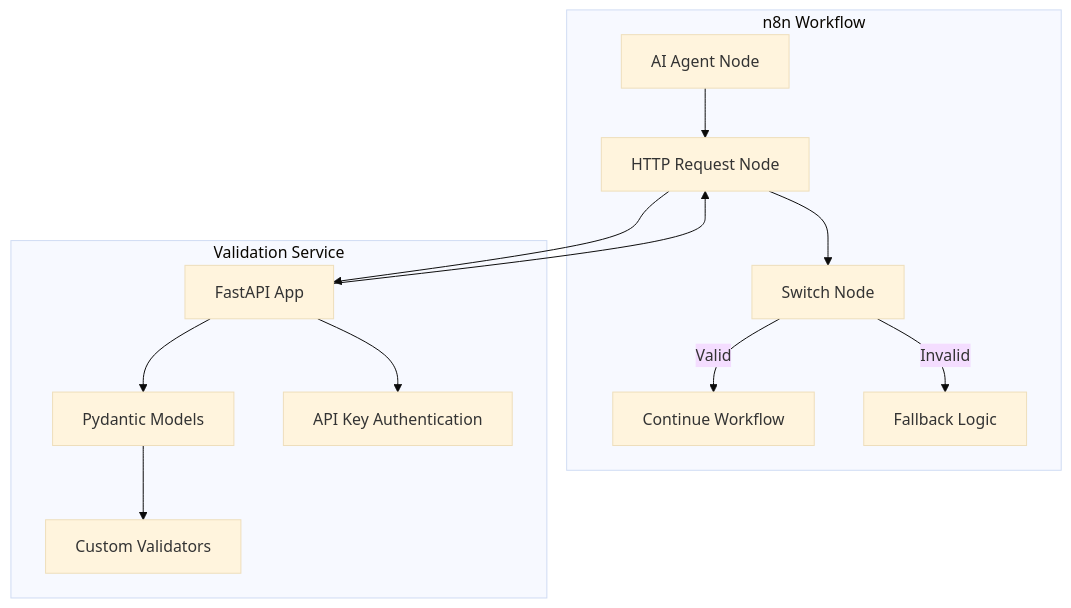
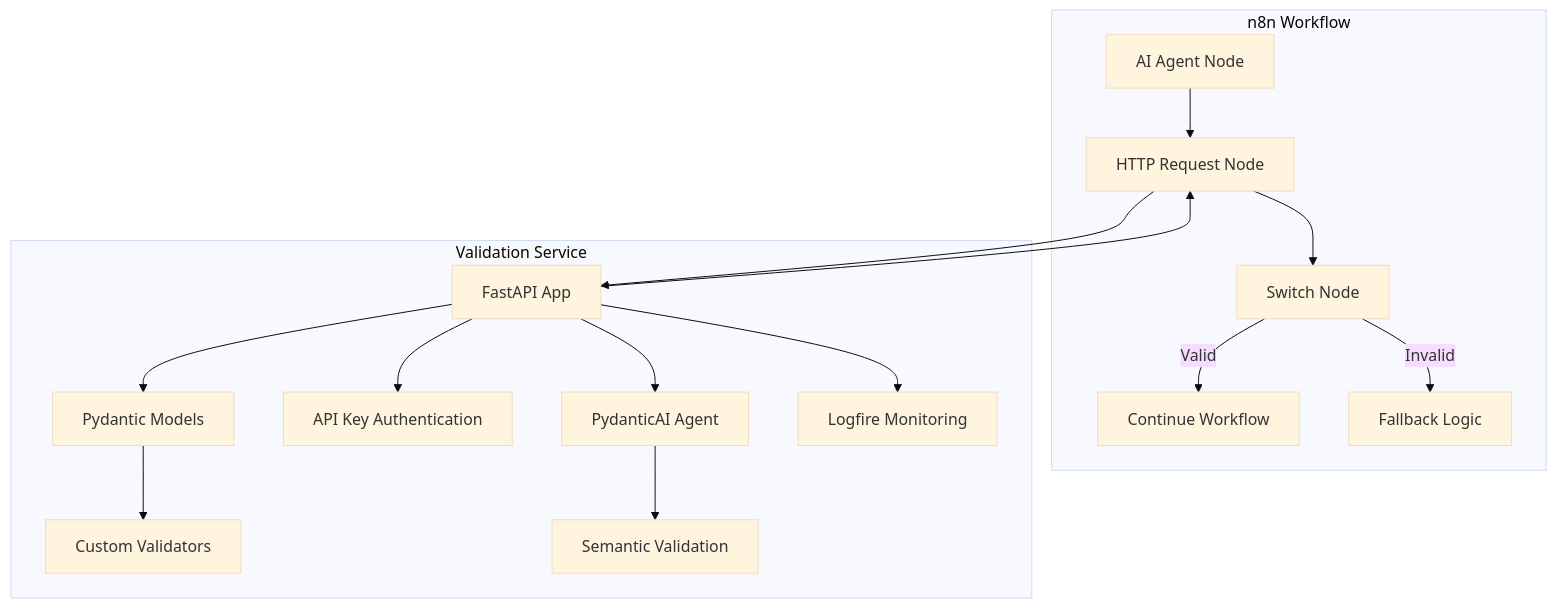
The first of 3 diagrams in masterplan.md (Ferymad/fastapi-pydantic), drawn with Mermaid (base theme) before and after one commit. The commit also changed other lines of this file and 12 other files, not shown here.

Commit message:
Enhance AI Output Validation Service with PydanticAI integration and improved monitoring. Added support for semantic validation, updated README and documentation, and refined API endpoints. Updated requirements for new dependencies.

````diff
--- a/masterplan.md
+++ b/masterplan.md
@@ -16,18 +18,21 @@
 ```mermaid
 flowchart TB
     subgraph "n8n Workflow"
         AI["AI Agent Node"] --> HTTP["HTTP Request Node"]
         HTTP --> Switch["Switch Node"]
         Switch -->|Valid| Continue["Continue Workflow"]
         Switch -->|Invalid| Fallback["Fallback Logic"]
     end
     
     subgraph "Validation Service"
         FastAPI["FastAPI App"] --> Models["Pydantic Models"]
         FastAPI --> Auth["API Key Authentication"]
         Models --> Validators["Custom Validators"]
+        FastAPI --> PydanticAI["PydanticAI Agent"]
+        PydanticAI --> EnhancedValidation["Semantic Validation"]
+        FastAPI --> Logfire["Logfire Monitoring"]
     end
     
     HTTP --> FastAPI
     FastAPI --> HTTP
 ```
````
